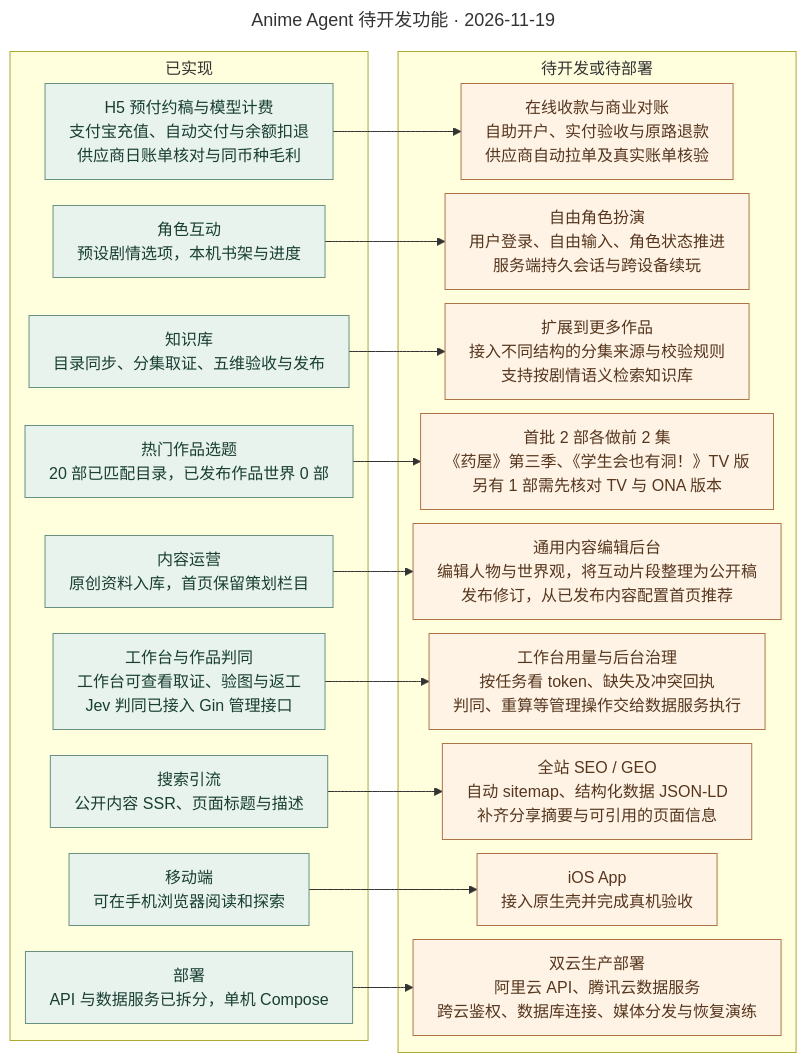
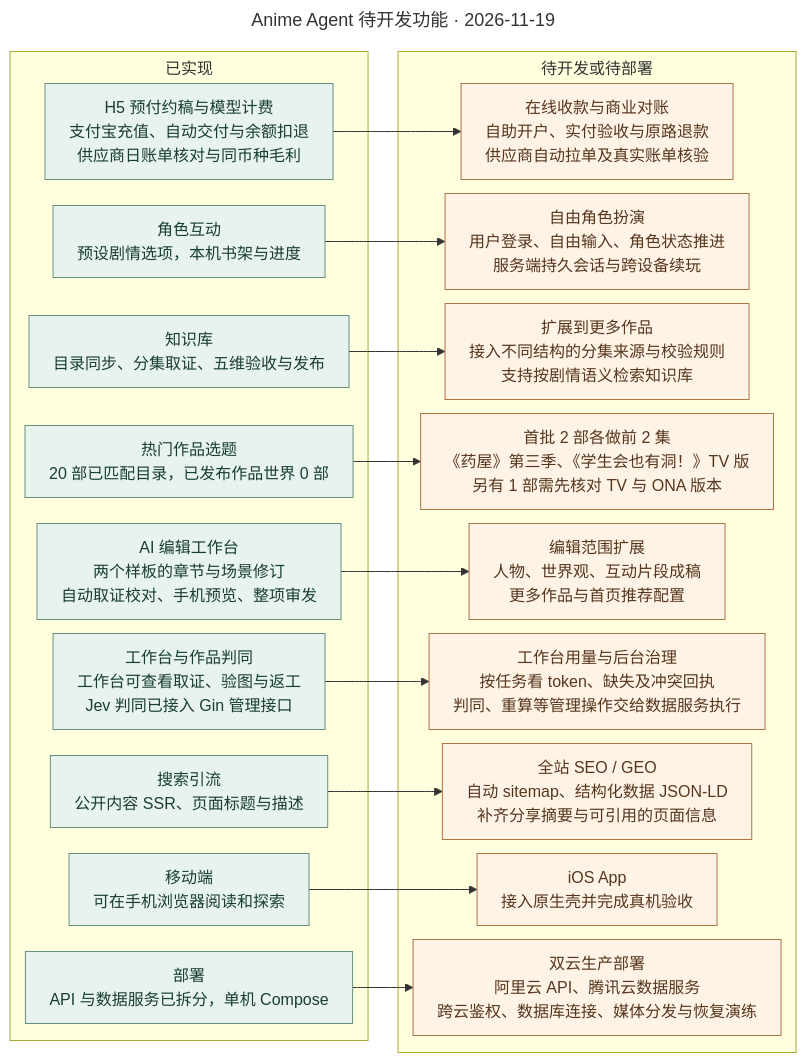
The diagram in docs/diagrams/backlog.mmd (bluedao10000/player), drawn with Mermaid before and after one commit. The commit also changed 33 other files, not shown here.

```diff
--- a/docs/diagrams/backlog.mmd
+++ b/docs/diagrams/backlog.mmd
@@ -1,67 +1,67 @@
 ---
 title: Anime Agent 待开发功能 · 2026-11-19
 config:
   flowchart:
     wrappingWidth: 410
     nodeSpacing: 14
     rankSpacing: 30
     padding: 12
     subGraphTitleMargin:
       top: 5
       bottom: 10
 ---
-%% 2026-11-19 · main，以 f869f68 后的支付宝充值实现及本地作品目录为基线。各行独立，箭头连接已有能力及其缺口。
+%% 2026-11-19 · main，以 9f4a937 后的编辑工作台工作树及本地作品目录为基线。各行独立，箭头连接已有能力及其缺口。
 flowchart LR
     subgraph current["已实现"]
         metering["H5 预付约稿与模型计费<br/>支付宝充值、自动交付与余额扣退<br/>供应商日账单核对与同币种毛利"]
         play["角色互动<br/>预设剧情选项，本机书架与进度"]
         kb["知识库<br/>目录同步、分集取证、五维验收与发布"]
         picks["热门作品选题<br/>20 部已匹配目录，已发布作品世界 0 部"]
-        edit["内容运营<br/>原创资料入库，首页保留策划栏目"]
+        edit["AI 编辑工作台<br/>两个样板的章节与场景修订<br/>自动取证校对、手机预览、整项审发"]
         desk["工作台与作品判同<br/>工作台可查看取证、验图与返工<br/>Jev 判同已接入 Gin 管理接口"]
         seo["搜索引流<br/>公开内容 SSR、页面标题与描述"]
         app["移动端<br/>可在手机浏览器阅读和探索"]
         ops["部署<br/>API 与数据服务已拆分，单机 Compose"]
     end
     subgraph remaining["待开发或待部署"]
         bill["在线收款与商业对账<br/>自助开户、实付验收与原路退款<br/>供应商自动拉单及真实账单核验"]
         rp["自由角色扮演<br/>用户登录、自由输入、角色状态推进<br/>服务端持久会话与跨设备续玩"]
         expand["扩展到更多作品<br/>接入不同结构的分集来源与校验规则<br/>支持按剧情语义检索知识库"]
         pilot["首批 2 部各做前 2 集<br/>《药屋》第三季、《学生会也有洞！》TV 版<br/>另有 1 部需先核对 TV 与 ONA 版本"]
-        cms["通用内容编辑后台<br/>编辑人物与世界观，将互动片段整理为公开稿<br/>发布修订，从已发布内容配置首页推荐"]
+        cms["编辑范围扩展<br/>人物、世界观、互动片段成稿<br/>更多作品与首页推荐配置"]
         console["工作台用量与后台治理<br/>按任务看 token、缺失及冲突回执<br/>判同、重算等管理操作交给数据服务执行"]
         growth["全站 SEO / GEO<br/>自动 sitemap、结构化数据 JSON-LD<br/>补齐分享摘要与可引用的页面信息"]
         ios["iOS App<br/>接入原生壳并完成真机验收"]
         cloud["双云生产部署<br/>阿里云 API、腾讯云数据服务<br/>跨云鉴权、数据库连接、媒体分发与恢复演练"]
     end
     metering --> bill
     play --> rp
     kb --> expand
     picks --> pilot
     edit --> cms
     desk --> console
     seo --> growth
     app --> ios
     ops --> cloud
     classDef done fill:#e8f3ed,stroke:#679080,color:#183e32;
     classDef todo fill:#fff3e6,stroke:#ad7545,color:#56361d;
     class metering,play,kb,picks,edit,desk,seo,app,ops done
     class bill,rp,expand,pilot,cms,console,growth,ios,cloud todo
 %% metering | 私有试稿订单锁定零售价，交付后按去重回执扣款，支持退款与供应商日账单对账。 | apps/api/internal/billing/api.go
 %% bill | 接入自助开户并完成支付宝实付验收与原路退款，将供应商自动拉单与真实合同费率校验接入现有账本。 | docs/模型用量与计费.md
 %% play | RoleplayComposer 从预设 options 选择下一步；原创故事的书架与进度保存在本机。 | apps/web/src/features/post/roleplay-controls.tsx
 %% rp | 当前 Pi 的持久任务服务于内容生产；面向读者的自由输入、服务端多轮会话、跨端身份与进度仍待接通。 | docs/产品架构.md
 %% kb | 数据服务按配置登记分集、调度取证与素材处理，验收后冻结已完成范围。 | apps/api/cmd/knowledge-sync/main.go
 %% expand | episodeSources 依赖 Naruto 官网页面结构及维基分集表；目录 API 按标题与别名查作品，接入另一种来源和剧情向量检索仍需开发。 | apps/agent/src/episode-plan.ts
 %% picks | 热度榜 20 项按 Bangumi ID 命中本地目录，其中 19 项符合现有 TV 与年份校验。 | docs/热门作品建库计划-2026-11-19.md
 %% pilot | 计划先验证续季集号与集内短篇，四集验收后用真实模型回执核算成本。《黑暗召唤师在地下恋爱中》的 TV/ONA 归属待核。 | docs/热门作品建库计划-2026-11-19.md
-%% edit | 首页作品入口读 Gin，部分港口栏目与原创推荐仍使用前端策划资料。 | apps/web/src/features/post/editorial.tsx
-%% cms | 已有分集自动验收发布；面向编辑的通用创作、修订、发布及首页配置后台仍待开发。 | docs/产品架构.md
+%% edit | 审稿人提交一句话，在同一任务对照来源、手机预览并批准发布章节和场景。 | apps/web/src/features/workbench/editor-desk.tsx
+%% cms | 已跑通两个章节的修订；人物、世界观、互动片段与首页推荐仍待开发。 | docs/产品架构.md
 %% desk | 工作台 feed 汇集同步、质检、作品、研究、图片与范围记录，暂未消费管理端用量接口。 | apps/web/src/features/workbench/feed.ts
 %% console | 当前由已授权的 Gin 请求触发判同、部分质检和重算；跨云时数据服务需要异步命令和结果协议。 | apps/api/internal/knowledge/curation.go
 %% seo | H5 内容可 SSR，若干路由已有 head 元信息。 | apps/web/src/routes
 %% growth | 补齐可索引公开内容的 sitemap、统一结构化数据与传播摘要；索引和引用由搜索平台决定。 | docs/功能地图.md
 %% app | 角色、阅读、互动与书架路由已经支持移动 H5。 | apps/web/src/features/post
 %% ios | iOS 包装与真机交付待实施。 | docs/产品架构.md
 %% ops | Compose 已拆出 api、sync、research-agent，运行时仍使用本机卷。 | compose.yaml
 %% cloud | 双云为目标部署，还需跨云连通、服务身份、媒体可达、备份恢复和生产发布。 | docs/部署架构.md
```
